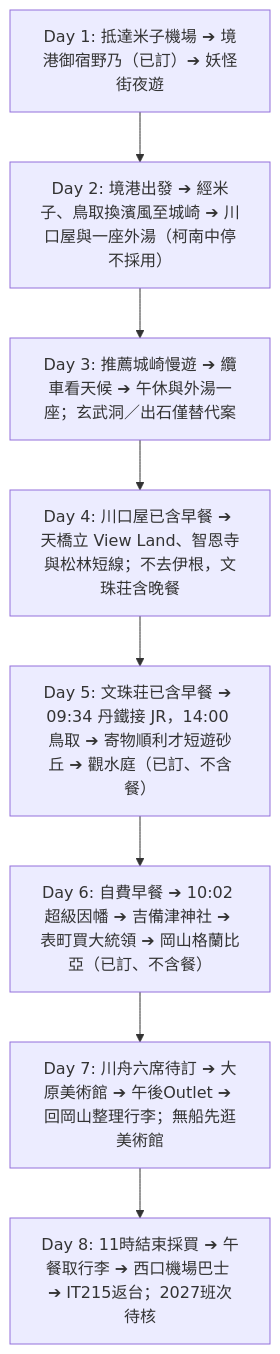
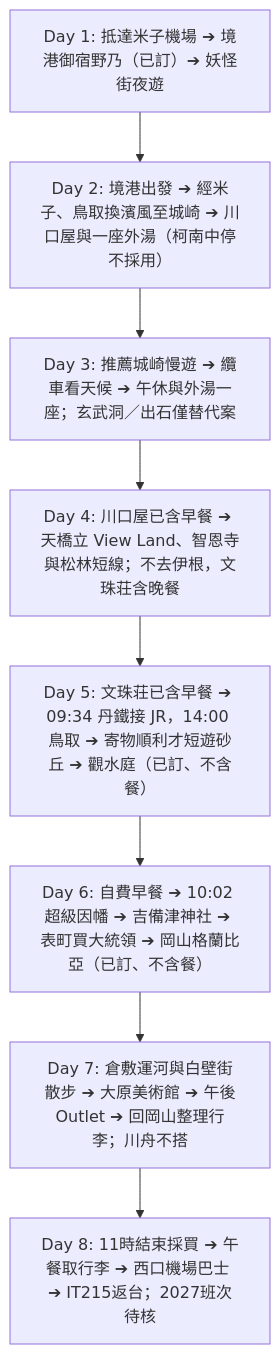
The diagram in README.md (iamkeith001/sanin-trip-2027), drawn with Mermaid before and after one commit. The commit also changed other lines of this file and 5 other files, not shown here.

````diff
--- a/README.md
+++ b/README.md
@@ -62,10 +62,10 @@
 ```mermaid
 graph TD
     Day1[Day 1: 抵達米子機場 ➔ 境港御宿野乃（已訂）➔ 妖怪街夜遊] --> Day2[Day 2: 境港出發 ➔ 經米子、鳥取換濱風至城崎 ➔ 川口屋與一座外湯（柯南中停不採用）]
     Day2 --> Day3[Day 3: 推薦城崎慢遊 ➔ 纜車看天候 ➔ 午休與外湯一座；玄武洞／出石僅替代案]
     Day3 --> Day4[Day 4: 川口屋已含早餐 ➔ 天橋立 View Land、智恩寺與松林短線；不去伊根，文珠荘含晚餐]
     Day4 --> Day5[Day 5: 文珠荘已含早餐 ➔ 09:34 丹鐵接 JR，14:00 鳥取 ➔ 寄物順利才短遊砂丘 ➔ 觀水庭（已訂、不含餐）]
     Day5 --> Day6[Day 6: 自費早餐 ➔ 10:02 超級因幡 ➔ 吉備津神社 ➔ 表町買大統領 ➔ 岡山格蘭比亞（已訂、不含餐）]
-    Day6 --> Day7[Day 7: 川舟六席待訂 ➔ 大原美術館 ➔ 午後Outlet ➔ 回岡山整理行李；無船先逛美術館]
+    Day6 --> Day7[Day 7: 倉敷運河與白壁街散步 ➔ 大原美術館 ➔ 午後Outlet ➔ 回岡山整理行李；川舟不搭]
     Day7 --> Day8[Day 8: 11時結束採買 ➔ 午餐取行李 ➔ 西口機場巴士 ➔ IT215返台；2027班次待核]
 ```
````
